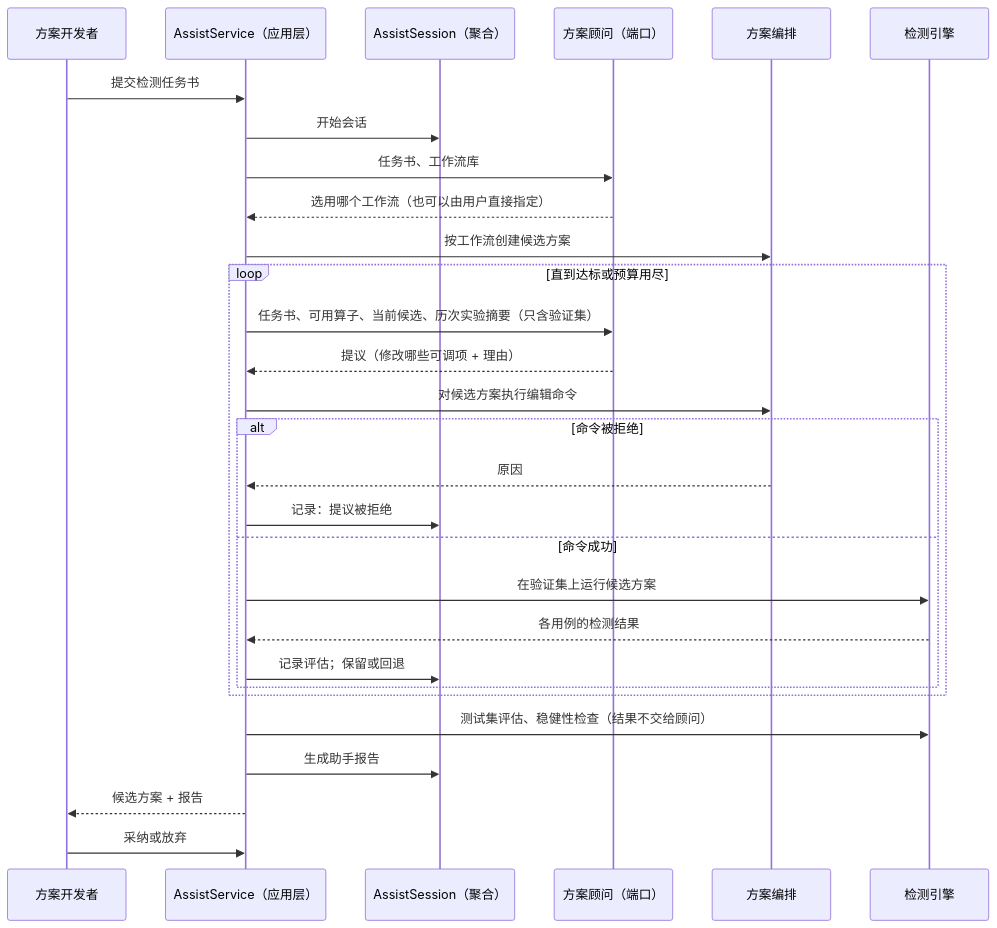
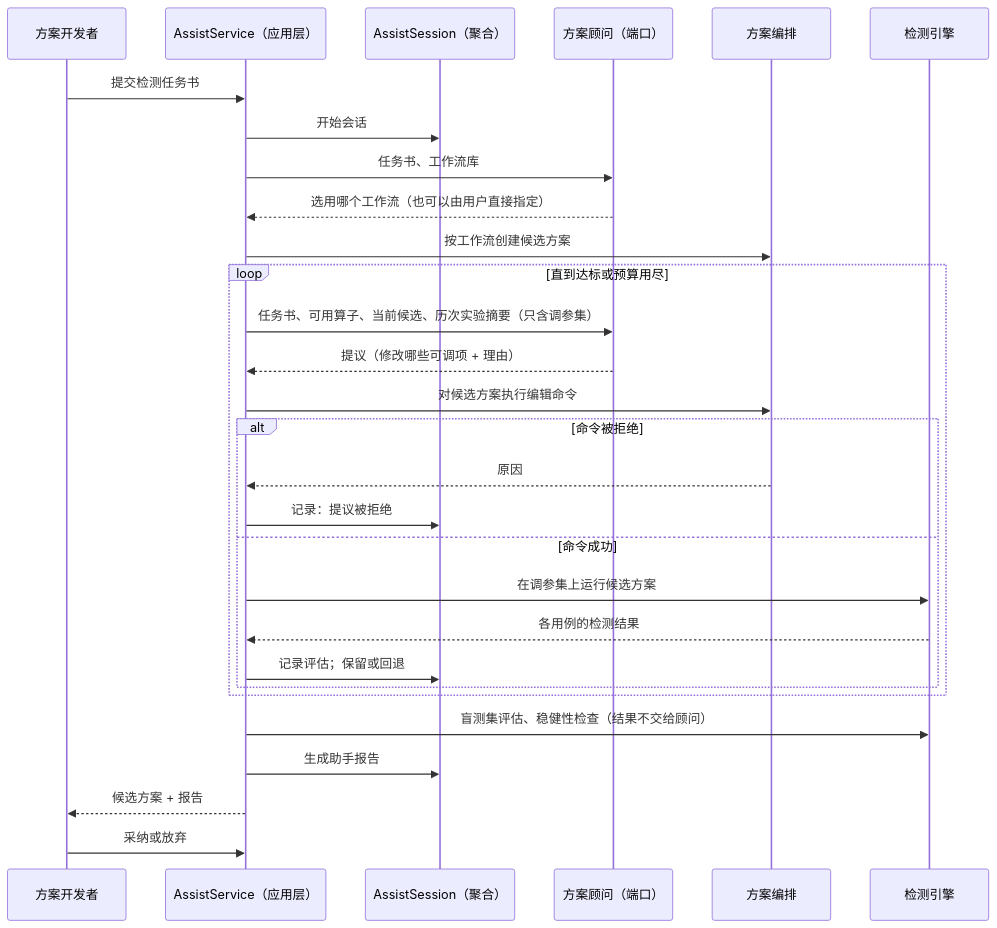
The second of 2 diagrams in docs/ddd/07-recipe-assistant.md (lijilin12-coder/vision-platform), drawn with Mermaid before and after one commit. The commit also changed other lines of this file and 12 other files, not shown here.

````diff
--- a/docs/ddd/07-recipe-assistant.md
+++ b/docs/ddd/07-recipe-assistant.md
@@ -260,32 +260,32 @@
 ```mermaid
 sequenceDiagram
     participant D as 方案开发者
     participant A as AssistService（应用层）
     participant S as AssistSession（聚合）
     participant V as 方案顾问（端口）
     participant E as 方案编排
     participant X as 检测引擎
 
     D->>A: 提交检测任务书
     A->>S: 开始会话
     A->>V: 任务书、工作流库
     V-->>A: 选用哪个工作流（也可以由用户直接指定）
     A->>E: 按工作流创建候选方案
     loop 直到达标或预算用尽
-        A->>V: 任务书、可用算子、当前候选、历次实验摘要（只含验证集）
+        A->>V: 任务书、可用算子、当前候选、历次实验摘要（只含调参集）
         V-->>A: 提议（修改哪些可调项 + 理由）
         A->>E: 对候选方案执行编辑命令
         alt 命令被拒绝
             E-->>A: 原因
             A->>S: 记录：提议被拒绝
         else 命令成功
-            A->>X: 在验证集上运行候选方案
+            A->>X: 在调参集上运行候选方案
             X-->>A: 各用例的检测结果
             A->>S: 记录评估；保留或回退
         end
     end
-    A->>X: 测试集评估、稳健性检查（结果不交给顾问）
+    A->>X: 盲测集评估、稳健性检查（结果不交给顾问）
     A->>S: 生成助手报告
     A-->>D: 候选方案 + 报告
     D->>A: 采纳或放弃
 ```
````
